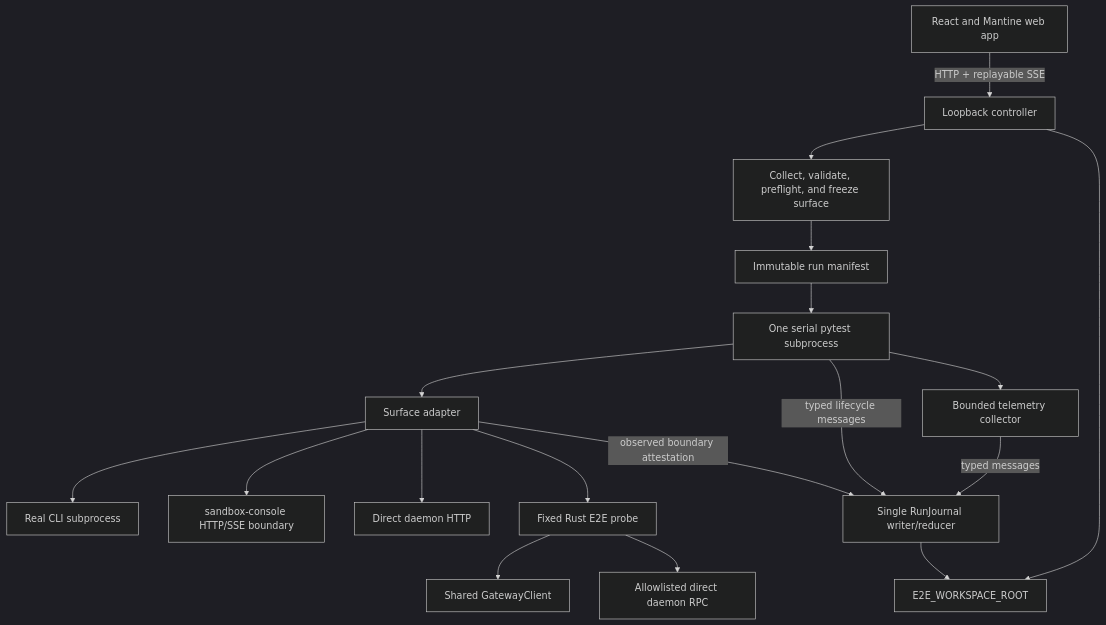
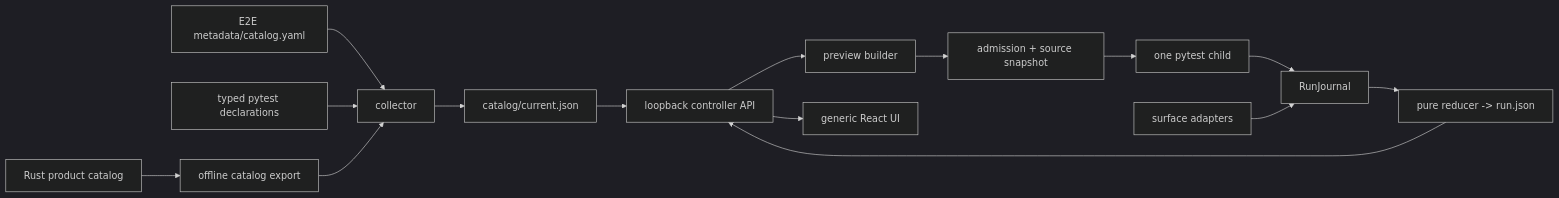
The first of 2 diagrams in implementation-plan/e2e_test/e2e-test-design.md (Ephemeral-AI-Lab/ephemeral-sandbox-docs), drawn with Mermaid (dark theme) before and after one commit. The commit also changed other lines of this file and 3 other files, not shown here.

````diff
--- a/implementation-plan/e2e_test/e2e-test-design.md
+++ b/implementation-plan/e2e_test/e2e-test-design.md
@@ -705,20 +38,17 @@
 ```mermaid
-flowchart TB
-    UI["React and Mantine web app"] -->|"HTTP + replayable SSE"| CTRL["Loopback controller"]
-    CTRL --> PREVIEW["Collect, validate, preflight, and freeze surface"]
-    PREVIEW --> MANIFEST["Immutable run manifest"]
-    MANIFEST --> PYTEST["One serial pytest subprocess"]
-    PYTEST --> ADAPTER["Surface adapter"]
-    ADAPTER --> CLI["Real CLI subprocess"]
-    ADAPTER --> CONSOLE["sandbox-console HTTP/SSE boundary"]
-    ADAPTER --> HTTP["Direct daemon HTTP"]
-    ADAPTER --> PROBE["Fixed Rust E2E probe"]
-    PROBE --> GATEWAY["Shared GatewayClient"]
-    PROBE --> DAEMONRPC["Allowlisted direct daemon RPC"]
-    ADAPTER -->|"observed boundary attestation"| JOURNAL["Single RunJournal writer/reducer"]
-    PYTEST -->|"typed lifecycle messages"| JOURNAL
-    PYTEST --> TELEMETRY["Bounded telemetry collector"]
-    TELEMETRY -->|"typed messages"| JOURNAL
-    JOURNAL --> STORE["E2E_WORKSPACE_ROOT"]
-    CTRL --> STORE
+flowchart LR
+    PC["Rust product catalog"] --> CE["offline catalog export"]
+    ER["E2E metadata/catalog.yaml"] --> CO["collector"]
+    TD["typed pytest declarations"] --> CO
+    CE --> CO
+    CO --> CJ["catalog/current.json"]
+    CJ --> API["loopback controller API"]
+    API --> PRE["preview builder"]
+    PRE --> ADM["admission + source snapshot"]
+    ADM --> PY["one pytest child"]
+    PY --> JW["RunJournal"]
+    AD["surface adapters"] --> JW
+    JW --> RP["pure reducer -> run.json"]
+    RP --> API
+    API --> UI["generic React UI"]
 ```
````
